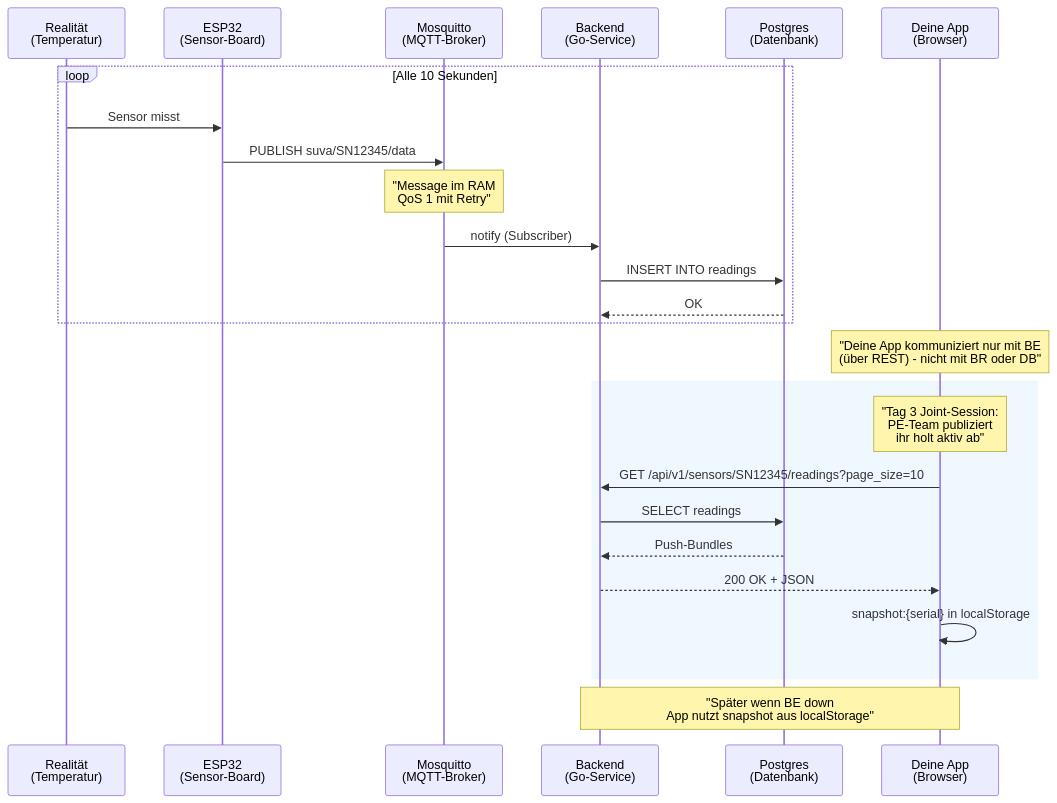
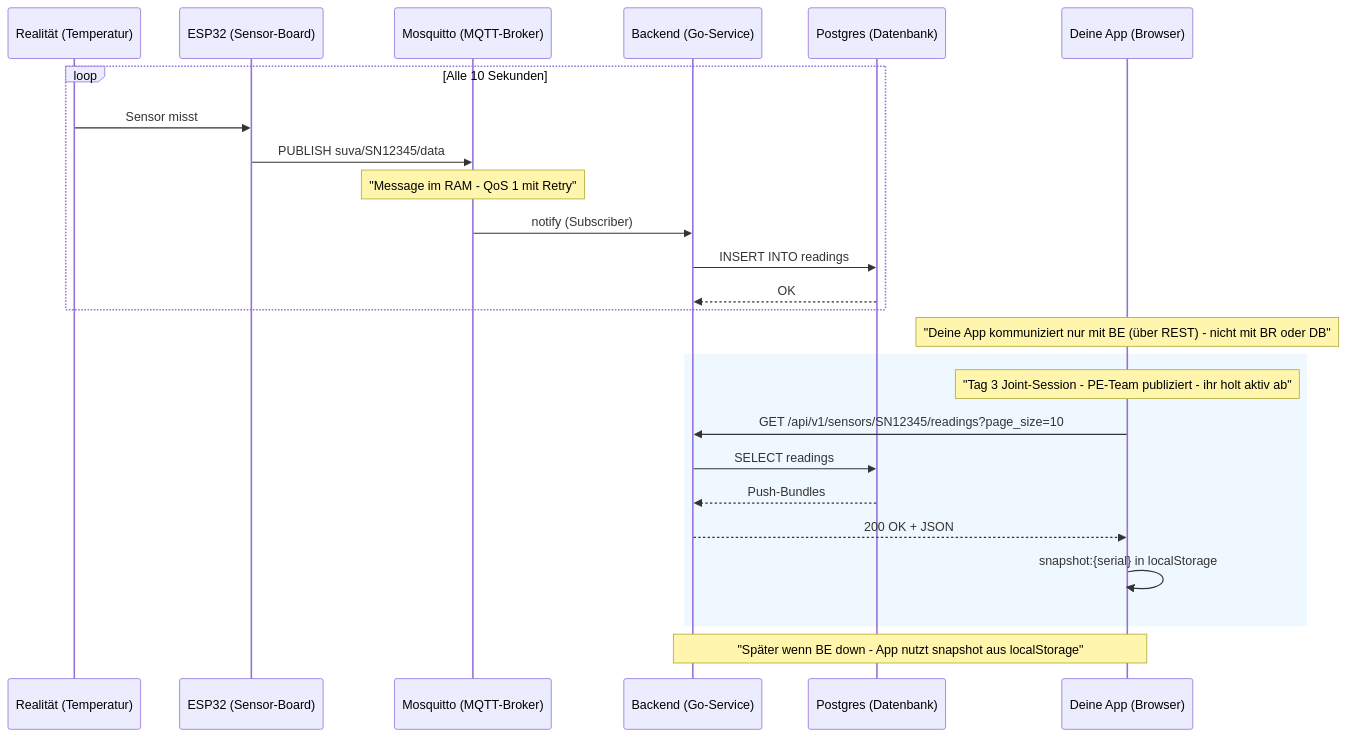
One commit to HeiligerG/ae-raumklima-bootcamp changed the diagram in docs/tag-3/integration.md. Above: the diagram before and after it, drawn with Mermaid.

Commit message:
fix(mermaid): <br/> auch in Note-Texten entfernt
User-Report: Mermaid 10.9.8 hat einen umfassenden
Bug mit <br/>-Tags - sie werden in Participant-
Definitionen UND in Note-Texten falsch geparst.

Phase 1: participant-Definitionen (Commit 15a00aa)
- 'participant PE as PE-Team<br/>(Plattformentwickler)'
  -> 'participant PE as PE-Team (Plattformentwickler)'

Phase 2 (dieser Commit): Note-Texte in tag-3/integration.md
- 4 Note-Texte mit <br/> -> mit Bindestrich (' - '):
  * 'Message im RAM<br/>QoS 1 mit Retry'
  * '...kommuniziert nur mit BE<br/>(über REST)...'
  * 'Tag 3 Joint-Session:<br/>PE-Team publiziert...'
  * 'Später wenn BE down<br/>App nutzt snapshot...'

Alle <br/> im Mermaid-Block sind jetzt eliminiert.
Mermaid 10.9.8 sollte jetzt ohne Parse-Errors parsen.

Andere Mermaid-Dateien (architektur.md etc.) behalten
ihre <br/> - sie sind in Subgraph-Labels und Node-Labels,
wo Mermaid weniger strikt parst.

````diff
--- a/docs/tag-3/integration.md
+++ b/docs/tag-3/integration.md
@@ -14,31 +14,31 @@
 ```mermaid
 sequenceDiagram
-    participant R as Realität<br/>(Temperatur)
-    participant ESP as ESP32<br/>(Sensor-Board)
-    participant BR as Mosquitto<br/>(MQTT-Broker)
-    participant BE as Backend<br/>(Go-Service)
-    participant DB as Postgres<br/>(Datenbank)
-    participant APP as Deine App<br/>(Browser)
+    participant R as Realität (Temperatur)
+    participant ESP as ESP32 (Sensor-Board)
+    participant BR as Mosquitto (MQTT-Broker)
+    participant BE as Backend (Go-Service)
+    participant DB as Postgres (Datenbank)
+    participant APP as Deine App (Browser)
 
     loop Alle 10 Sekunden
         R->>ESP: Sensor misst
         ESP->>BR: PUBLISH suva/SN12345/data
-        Note over BR: "Message im RAM<br/>QoS 1 mit Retry"
+        Note over BR: "Message im RAM - QoS 1 mit Retry"
         BR->>BE: notify (Subscriber)
         BE->>DB: INSERT INTO readings
         DB-->>BE: OK
     end
 
-    Note over APP: "Deine App kommuniziert nur mit BE<br/>(über REST) - nicht mit BR oder DB"
+    Note over APP: "Deine App kommuniziert nur mit BE (über REST) - nicht mit BR oder DB"
 
     rect rgb(240, 248, 255)
-        Note over APP: "Tag 3 Joint-Session:<br/>PE-Team publiziert<br/>ihr holt aktiv ab"
+        Note over APP: "Tag 3 Joint-Session - PE-Team publiziert - ihr holt aktiv ab"
         APP->>BE: GET /api/v1/sensors/SN12345/readings?page_size=10
         BE->>DB: SELECT readings
         DB-->>BE: Push-Bundles
         BE-->>APP: 200 OK + JSON
         APP->>APP: snapshot:{serial} in localStorage
     end
 
-    Note over APP,BE: "Später wenn BE down<br/>App nutzt snapshot aus localStorage"
+    Note over APP,BE: "Später wenn BE down - App nutzt snapshot aus localStorage"
 ```
````
